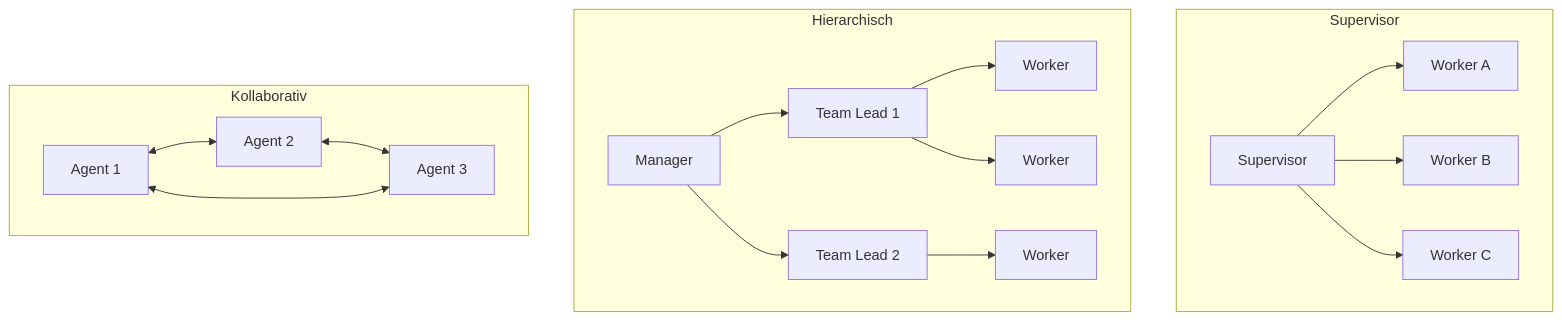
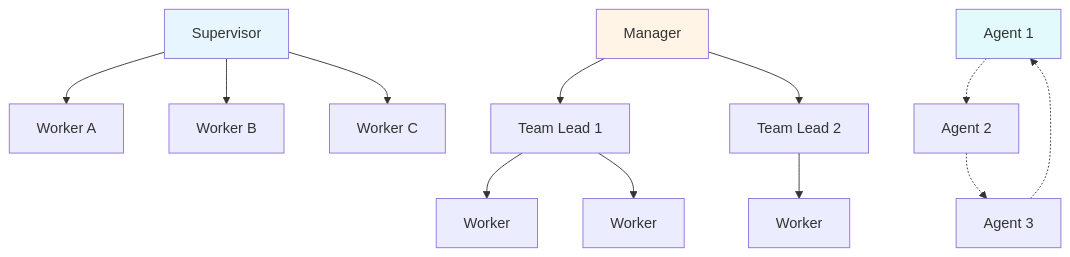
The first of 7 diagrams in docs/concepts/Multi_Agent_Systeme.md (ralf-42/Agenten), drawn with Mermaid before and after one commit. The commit also changed other lines of this file and 1 other file, not shown here.

```diff
--- a/docs/concepts/Multi_Agent_Systeme.md
+++ b/docs/concepts/Multi_Agent_Systeme.md
@@ -51,22 +51,20 @@
 <div class="mermaid">
-flowchart TD
-    subgraph sup[Supervisor]
-        S1[Supervisor] --> W1[Worker A]
-        S1 --> W2[Worker B]
-        S1 --> W3[Worker C]
-    end
+graph TD
+    S1[Supervisor] --> W1[Worker A]
+    S1 --> W2[Worker B]
+    S1 --> W3[Worker C]
 
-    subgraph hier[Hierarchisch]
-        M[Manager] --> T1[Team Lead 1]
-        M --> T2[Team Lead 2]
-        T1 --> WA[Worker]
-        T1 --> WB[Worker]
-        T2 --> WC[Worker]
-    end
+    M[Manager] --> T1[Team Lead 1]
+    M --> T2[Team Lead 2]
+    T1 --> WA[Worker]
+    T1 --> WB[Worker]
+    T2 --> WC[Worker]
 
-    subgraph kol[Kollaborativ]
-        A1[Agent 1] <--> A2[Agent 2]
-        A2 <--> A3[Agent 3]
-        A3 <--> A1
-    end
+    A1[Agent 1] -.-> A2[Agent 2]
+    A2 -.-> A3[Agent 3]
+    A3 -.-> A1
+
+    style S1 fill:#e7f5ff
+    style M fill:#fff4e6
+    style A1 fill:#e3fafc
 </div>
```
